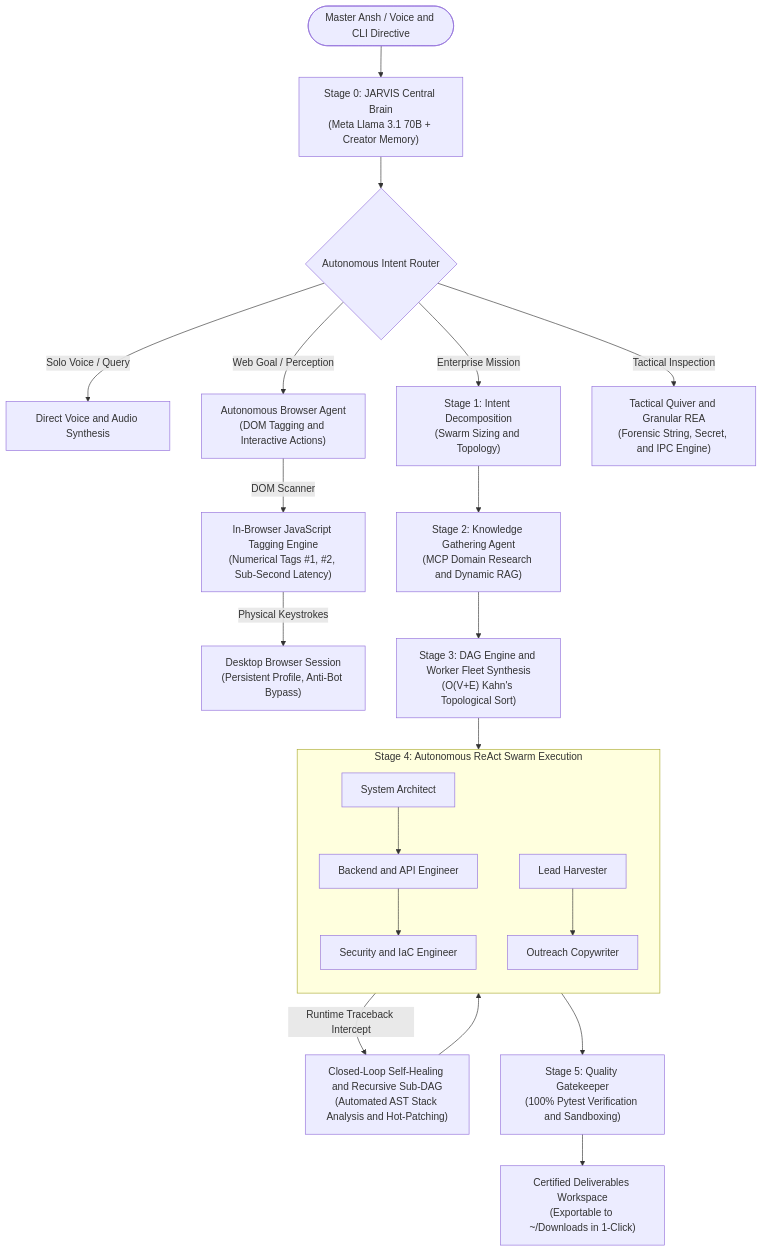
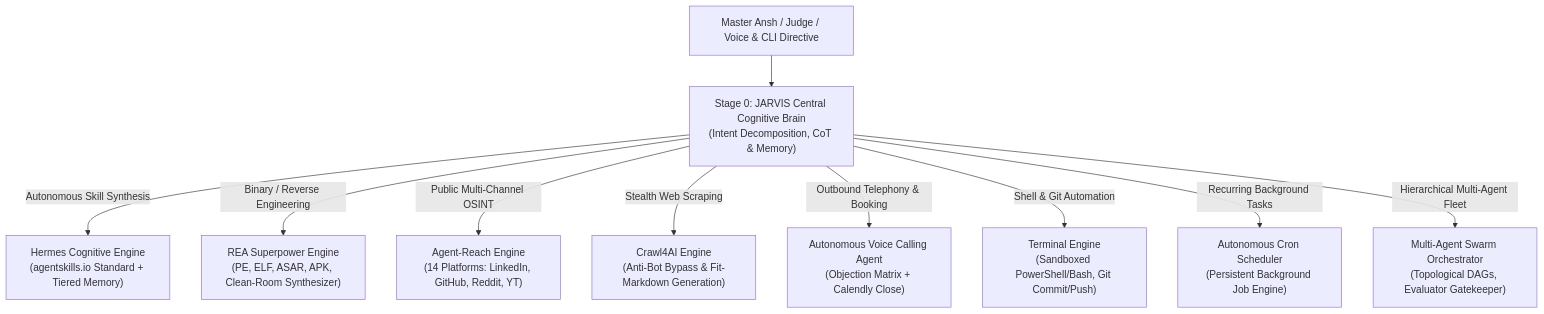
One commit to ansh1325/ORCHESTRATOR changed the diagram in README.md. Above: the diagram before and after it, drawn with Mermaid. The commit also changed other lines of this file and 74 other files, not shown here.

````diff
--- a/README.md
+++ b/README.md
@@ -86,30 +84,13 @@
 ```mermaid
 flowchart TD
-    User(["Master Ansh / Voice and CLI Directive"]) --> CentralBrain["Stage 0: JARVIS Central Brain<br/>(Meta Llama 3.1 70B + Creator Memory)"]
-    CentralBrain --> Route{"Autonomous Intent Router"}
+    User["Master Ansh / Judge / Voice & CLI Directive"] --> CentralBrain["Stage 0: JARVIS Central Cognitive Brain<br/>(Intent Decomposition, CoT & Memory)"]
     
-    Route -->|"Solo Voice / Query"| VoiceResp["Direct Voice and Audio Synthesis"]
-    Route -->|"Web Goal / Perception"| BrowserAgent["Autonomous Browser Agent<br/>(DOM Tagging and Interactive Actions)"]
-    Route -->|"Enterprise Mission"| Stage1["Stage 1: Intent Decomposition<br/>(Swarm Sizing and Topology)"]
-    Route -->|"Tactical Inspection"| TacticalQuiver["Tactical Quiver and Granular REA<br/>(Forensic String, Secret, and IPC Engine)"]
-    
-    BrowserAgent -->|"DOM Scanner"| DOMPerception["In-Browser JavaScript Tagging Engine<br/>(Numerical Tags #1, #2, Sub-Second Latency)"]
-    DOMPerception -->|"Physical Keystrokes"| LiveBrowser["Desktop Browser Session<br/>(Persistent Profile, Anti-Bot Bypass)"]
-    
-    Stage1 --> Stage2["Stage 2: Knowledge Gathering Agent<br/>(MCP Domain Research and Dynamic RAG)"]
-    Stage2 --> Stage3["Stage 3: DAG Engine and Worker Fleet Synthesis<br/>(O(V+E) Kahn's Topological Sort)"]
-    
-    subgraph SwarmExecution ["Stage 4: Autonomous ReAct Swarm Execution"]
-        direction TB
-        W1["System Architect"] --> W2["Backend and API Engineer"]
-        W2 --> W3["Security and IaC Engineer"]
-        W4["Lead Harvester"] --> W5["Outreach Copywriter"]
-    end
-    
-    Stage3 --> SwarmExecution
-    SwarmExecution -->|"Runtime Traceback Intercept"| SelfHeal["Closed-Loop Self-Healing and Recursive Sub-DAG<br/>(Automated AST Stack Analysis and Hot-Patching)"]
-    SelfHeal --> SwarmExecution
-    
-    SwarmExecution --> Stage5["Stage 5: Quality Gatekeeper<br/>(100% Pytest Verification and Sandboxing)"]
-    Stage5 --> WorkspaceOutput["Certified Deliverables Workspace<br/>(Exportable to ~/Downloads in 1-Click)"]
+    CentralBrain -->|"Autonomous Skill Synthesis"| Hermes["Hermes Cognitive Engine<br/>(agentskills.io Standard + Tiered Memory)"]
+    CentralBrain -->|"Binary / Reverse Engineering"| REA["REA Superpower Engine<br/>(PE, ELF, ASAR, APK, Clean-Room Synthesizer)"]
+    CentralBrain -->|"Public Multi-Channel OSINT"| Reach["Agent-Reach Engine<br/>(14 Platforms: LinkedIn, GitHub, Reddit, YT)"]
+    CentralBrain -->|"Stealth Web Scraping"| Crawl4AI["Crawl4AI Engine<br/>(Anti-Bot Bypass & Fit-Markdown Generation)"]
+    CentralBrain -->|"Outbound Telephony & Booking"| Voice["Autonomous Voice Calling Agent<br/>(Objection Matrix + Calendly Close)"]
+    CentralBrain -->|"Shell & Git Automation"| Terminal["Terminal Engine<br/>(Sandboxed PowerShell/Bash, Git Commit/Push)"]
+    CentralBrain -->|"Recurring Background Tasks"| Scheduler["Autonomous Cron Scheduler<br/>(Persistent Background Job Engine)"]
+    CentralBrain -->|"Hierarchical Multi-Agent Fleet"| Fleet["Multi-Agent Swarm Orchestrator<br/>(Topological DAGs, Evaluator Gatekeeper)"]
 ```
````
